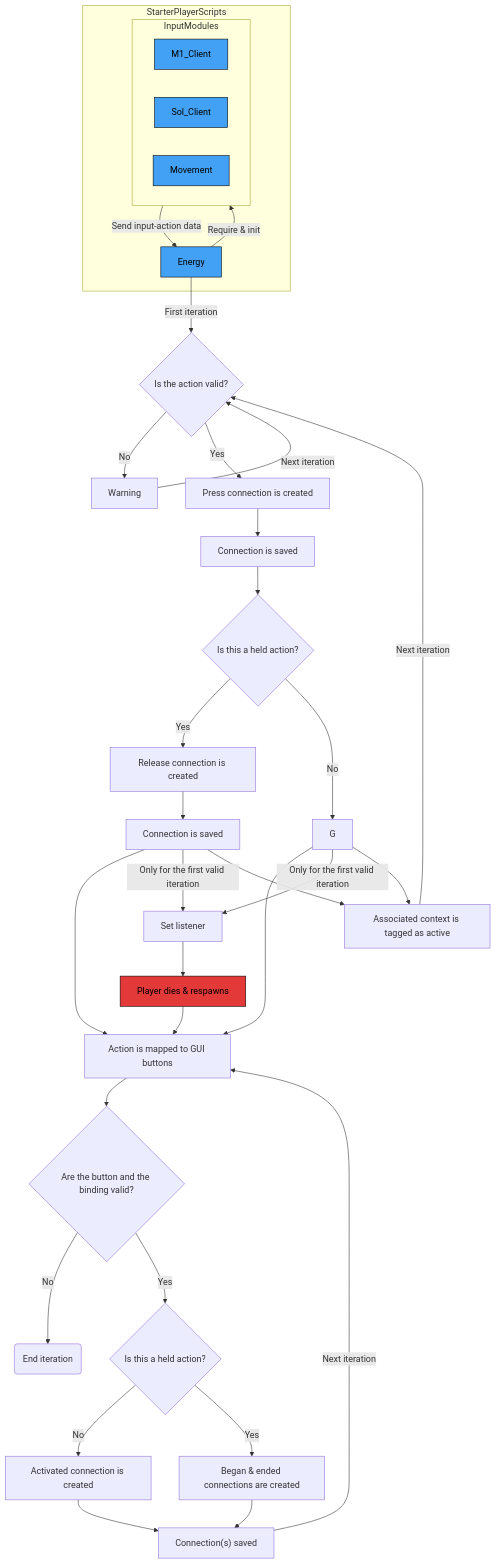
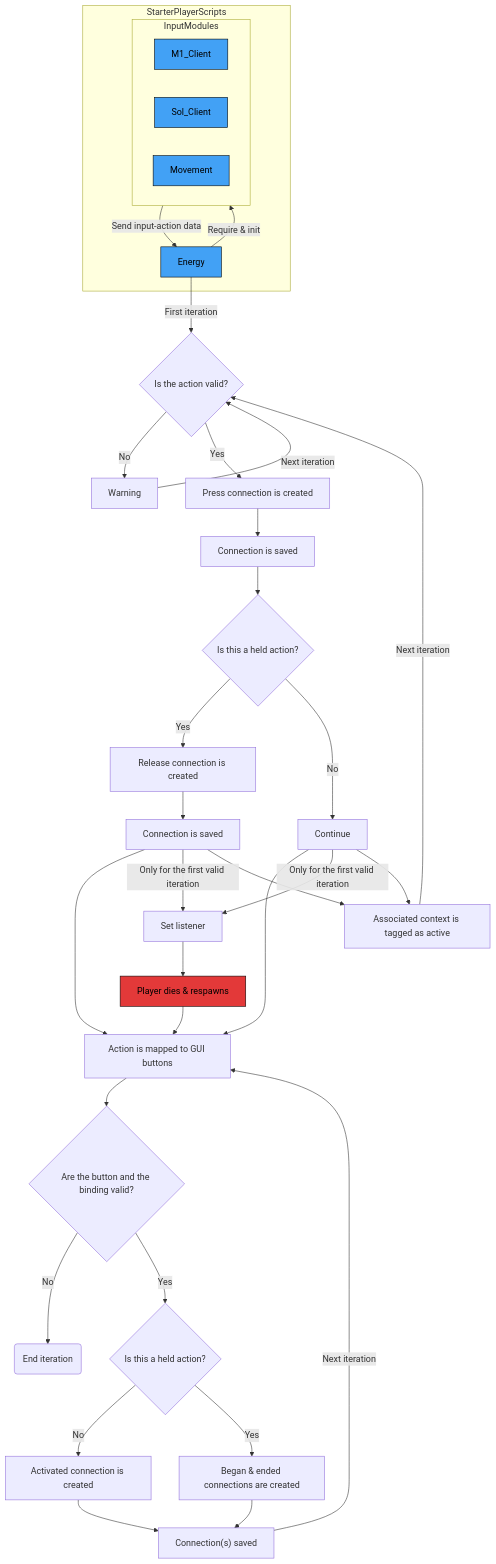
One commit to altair5607249/Crusaders-Game changed the second of 7 diagrams in docs/diagrams.md. Above: the diagram before and after it, drawn with Mermaid.

Commit message:
Update diagrams.md
fixed G

````diff
--- a/docs/diagrams.md
+++ b/docs/diagrams.md
@@ -83,50 +83,50 @@
 ```mermaid
 flowchart TB;
 
   classDef eventNode fill:#e33939,stroke:#000000,color:#000000
   classDef clientNode fill:#42a1f5,stroke:#000000,color:#000000
 
   subgraph StarterPlayerScripts
     Energy;
 
     subgraph InputModules
       M1_Client;
       Sol_Client;
       Movement;
     end
   end
 
   Energy-->|Require & init| InputModules
   InputModules-->|Send input-action data| Energy
   Energy-->|First iteration| A{Is the action valid?}
 
   A-->|No| B["Warning"]-->|Next iteration| A
   A-->|Yes| C["Press connection is created"]
 
   C-->D["Connection is saved"]
   D-->E{Is this a held action?}
 
   E-->|Yes| F["Release connection is created"]-->f["Connection is saved"]-->H["Action is mapped to GUI buttons"]
-  E-->|No| G-->H
+  E-->|No| G["Continue"]-->H
 
   G-->|Only for the first valid iteration| h["Set listener"]
   f-->|Only for the first valid iteration| h
   h-->i["Player dies & respawns"]-->H
 
   G-->a["Associated context is tagged as active"]
   f-->a
   a-->|Next iteration| A
 
   H-->I{Are the button and the binding valid?}
 
   I-->|No| J("End iteration")
   I-->|Yes| K{Is this a held action?}
 
   K-->|No| L["Activated connection is created"]-->O["Connection(s) saved"]
   K--> |Yes| M["Began & ended connections are created"]-->O
 
   O-->|Next iteration| H
 
   class Energy,M1_Client,Sol_Client,Movement clientNode;
   class i eventNode;
 ```
````
